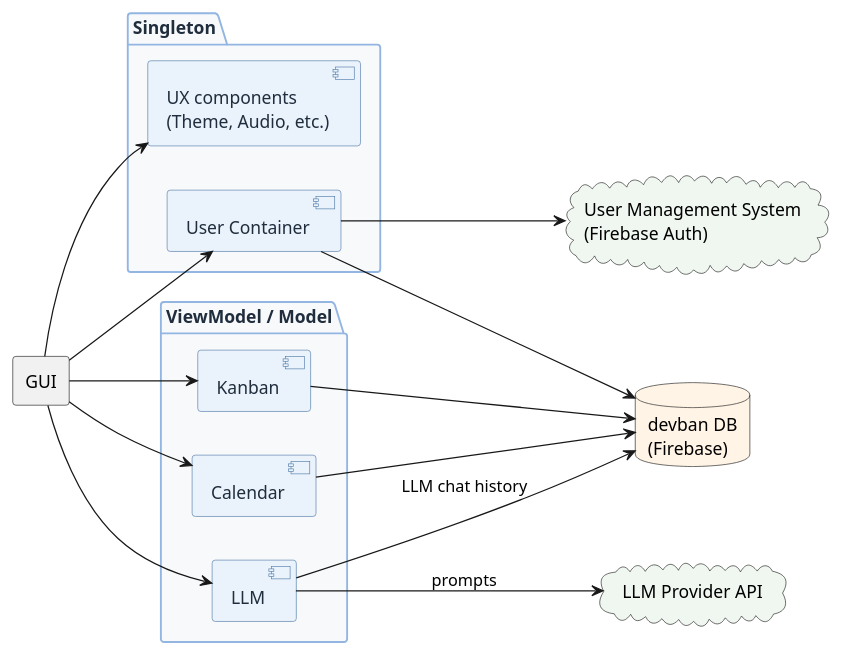
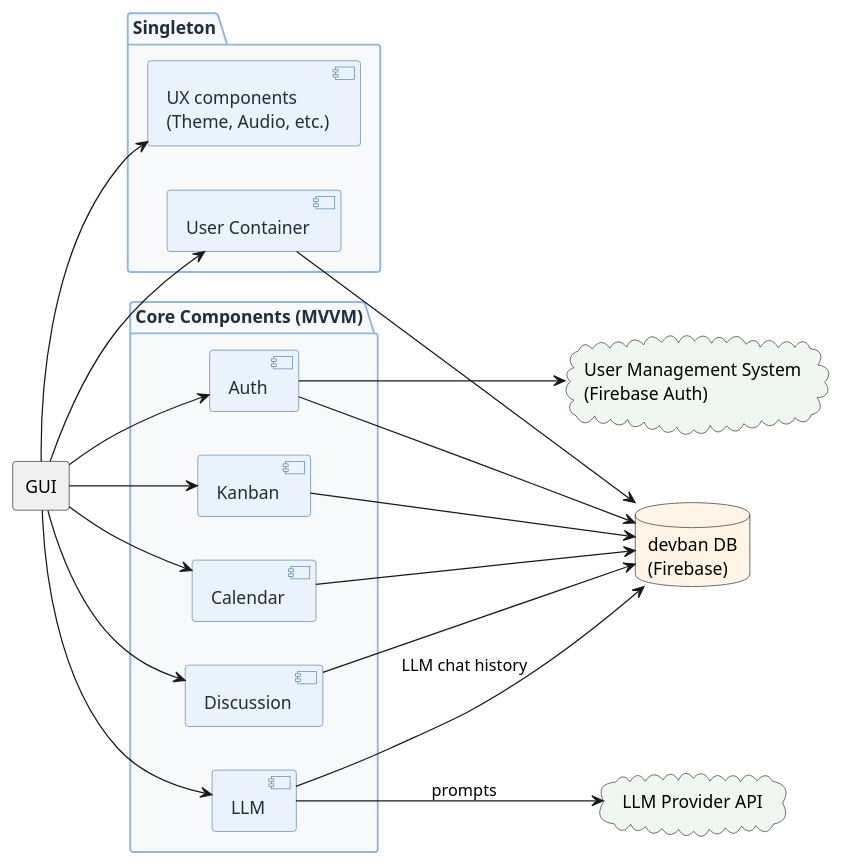
Before and after one commit to alvinng4/devban: the diagram in docs/design_and_implementation/assets/system_architecture/system_architecture.puml, drawn with PlantUML. The commit also changed 8 other files, not shown here.

```diff
--- a/docs/design_and_implementation/assets/system_architecture/system_architecture.puml
+++ b/docs/design_and_implementation/assets/system_architecture/system_architecture.puml
@@ -1,51 +1,57 @@
 @startuml
 left to right direction
 
 skinparam Component {
   BackgroundColor #EAF2FB
   BorderColor #4E79A7
   FontColor #1F2D3D
 }
 skinparam Package {
   BackgroundColor #F8F9FB
   BorderColor #93B5E1
   FontColor #1F2D3D
 }
 
 rectangle "GUI" as GUI
 
 package "Singleton" {
   component "UX components\n(Theme, Audio, etc.)" as UX
-  component "User Container" as Auth
+  component "User Container" as UserContainer
 }
 
-package "ViewModel / Model" as Core {
+package "Core Components (MVVM)" as Core {
+  component "Auth" as Auth
   component "Kanban" as Kanban
   component "Calendar" as Calendar
+  component "Discussion" as Discussion
   component "LLM" as LLM
 }
 
 database "devban DB\n(Firebase)" as DB #FFF4E6
 cloud "User Management System\n(Firebase Auth)" as UMS #F0F7F0
 cloud "LLM Provider API" as LLMAPI #F0F7F0
 
 ' GUI -> Services
 GUI --> UX
+GUI --> UserContainer
 GUI --> Auth
+GUI --> Discussion
 GUI --> Kanban
 GUI --> Calendar
 GUI --> LLM
 
 ' Auth and user management
 Auth --> UMS
 Auth --> DB
 
 ' Persistence
+UserContainer --> DB
 Kanban --> DB
 Calendar --> DB
+Discussion --> DB
 
 ' LLM integration
 LLM --> DB : LLM chat history
 LLM --> LLMAPI : prompts
 
 @enduml
```
